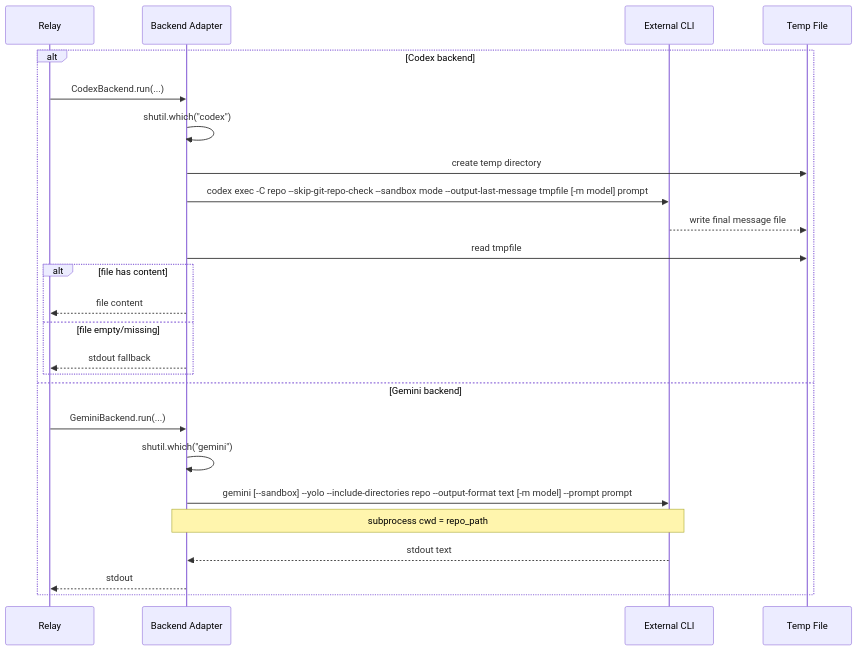
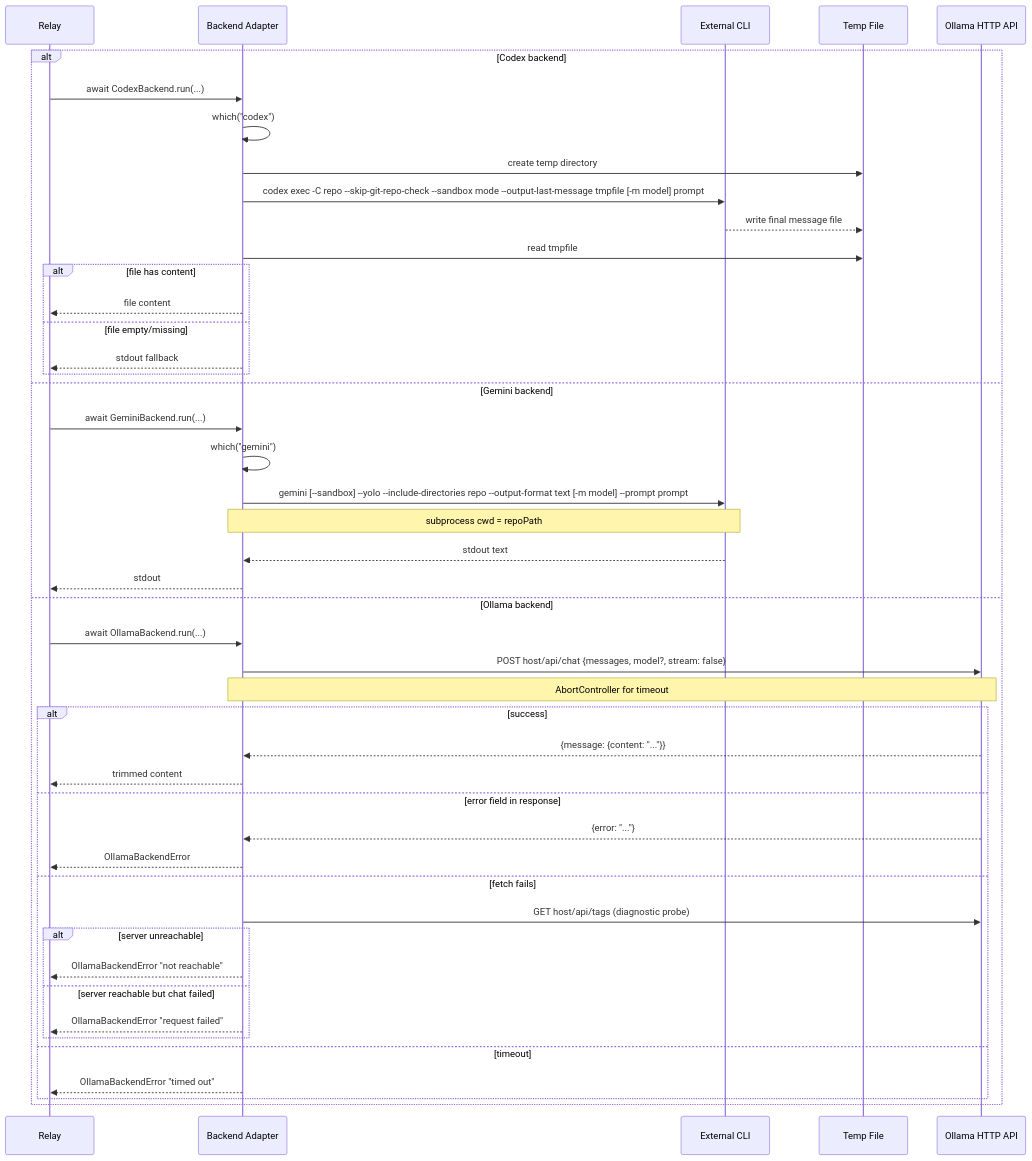
One commit to freibergergarcia/phone-a-friend changed the third of 3 diagrams in architecture/02-backend-system.md. Above: the diagram before and after it, drawn with Mermaid. The commit also changed other lines of this file and 81 other files, not shown here.

````diff
--- a/architecture/02-backend-system.md
+++ b/architecture/02-backend-system.md
@@ -57,28 +76,51 @@
 ```mermaid
 sequenceDiagram
   participant Relay
   participant Adapter as Backend Adapter
   participant CLI as External CLI
   participant FS as Temp File
+  participant API as Ollama HTTP API
 
   alt Codex backend
-    Relay->>Adapter: CodexBackend.run(...)
-    Adapter->>Adapter: shutil.which("codex")
+    Relay->>Adapter: await CodexBackend.run(...)
+    Adapter->>Adapter: which("codex")
     Adapter->>FS: create temp directory
     Adapter->>CLI: codex exec -C repo --skip-git-repo-check --sandbox mode --output-last-message tmpfile [-m model] prompt
     CLI-->>FS: write final message file
     Adapter->>FS: read tmpfile
     alt file has content
       Adapter-->>Relay: file content
     else file empty/missing
       Adapter-->>Relay: stdout fallback
     end
+
   else Gemini backend
-    Relay->>Adapter: GeminiBackend.run(...)
-    Adapter->>Adapter: shutil.which("gemini")
+    Relay->>Adapter: await GeminiBackend.run(...)
+    Adapter->>Adapter: which("gemini")
     Adapter->>CLI: gemini [--sandbox] --yolo --include-directories repo --output-format text [-m model] --prompt prompt
-    Note over Adapter,CLI: subprocess cwd = repo_path
+    Note over Adapter,CLI: subprocess cwd = repoPath
     CLI-->>Adapter: stdout text
     Adapter-->>Relay: stdout
+
+  else Ollama backend
+    Relay->>Adapter: await OllamaBackend.run(...)
+    Adapter->>API: POST host/api/chat {messages, model?, stream: false}
+    Note over Adapter,API: AbortController for timeout
+    alt success
+      API-->>Adapter: {message: {content: "..."}}
+      Adapter-->>Relay: trimmed content
+    else error field in response
+      API-->>Adapter: {error: "..."}
+      Adapter-->>Relay: OllamaBackendError
+    else fetch fails
+      Adapter->>API: GET host/api/tags (diagnostic probe)
+      alt server unreachable
+        Adapter-->>Relay: OllamaBackendError "not reachable"
+      else server reachable but chat failed
+        Adapter-->>Relay: OllamaBackendError "request failed"
+      end
+    else timeout
+      Adapter-->>Relay: OllamaBackendError "timed out"
+    end
   end
 ```
````
